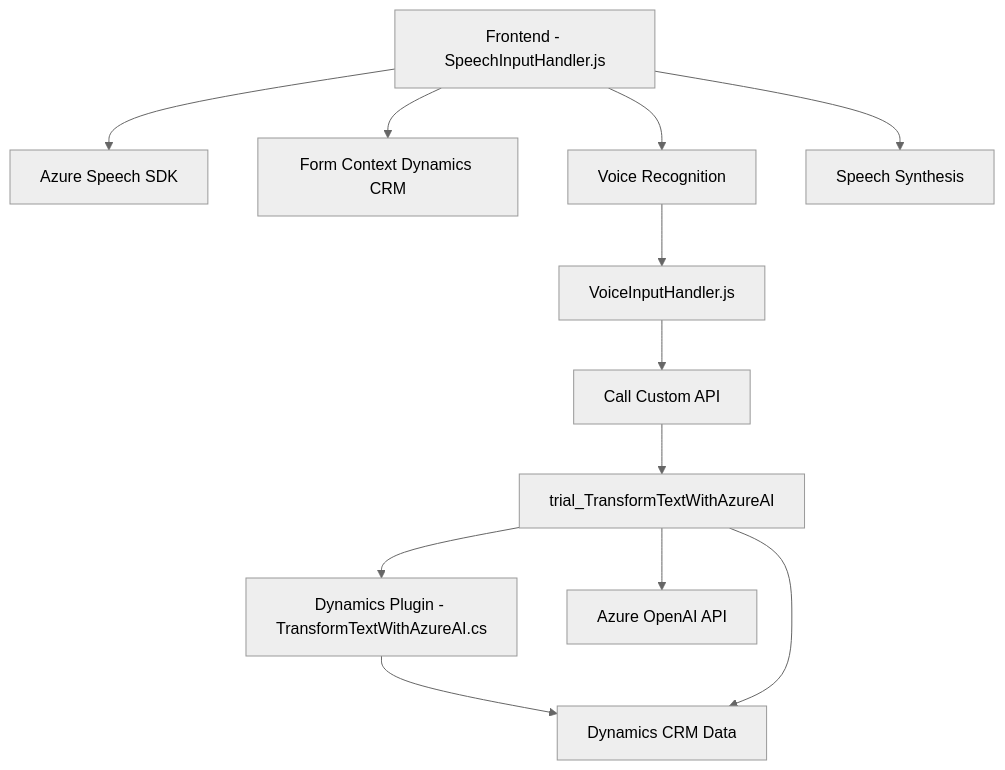
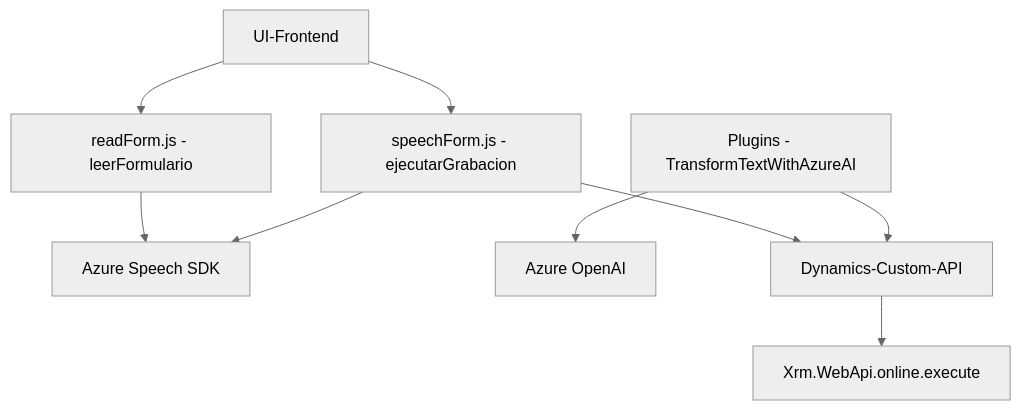
One commit to blopezdm/NETCORE_BILBAO2025 changed the diagram in README.md. Above: the diagram before and after it, drawn with Mermaid (neutral theme). The commit also changed other lines of this file, not shown here.

````diff
--- a/README.md
+++ b/README.md
@@ -46,14 +36,20 @@
 ```mermaid
 graph TD
-    A["Frontend - SpeechInputHandler.js"] --> B["Azure Speech SDK"]
-    A --> C["Form Context Dynamics CRM"]
-    A --> D["Voice Recognition"]
-    A --> E["Speech Synthesis"]
-    D --> F["VoiceInputHandler.js"]
-    F --> G["Call Custom API"]
-    G --> H["trial_TransformTextWithAzureAI"]
-    H --> I["Dynamics Plugin - TransformTextWithAzureAI.cs"]
-    H --> J["Azure OpenAI API"]
-    I --> K["Dynamics CRM Data"]
-    H --> K
+    A["UI-Frontend"]
+    B["readForm.js - leerFormulario"]
+    C["speechForm.js - ejecutarGrabacion"]
+    D["Plugins - TransformTextWithAzureAI"]
+    E["Azure Speech SDK"]
+    F["Azure OpenAI"]
+    G["Dynamics-Custom-API"]
+    H["Xrm.WebApi.online.execute"]
+
+    A --> B
+    A --> C
+    B --> E
+    C --> E
+    C --> G
+    G --> H
+    D --> F
+    D --> G
 ```
````
